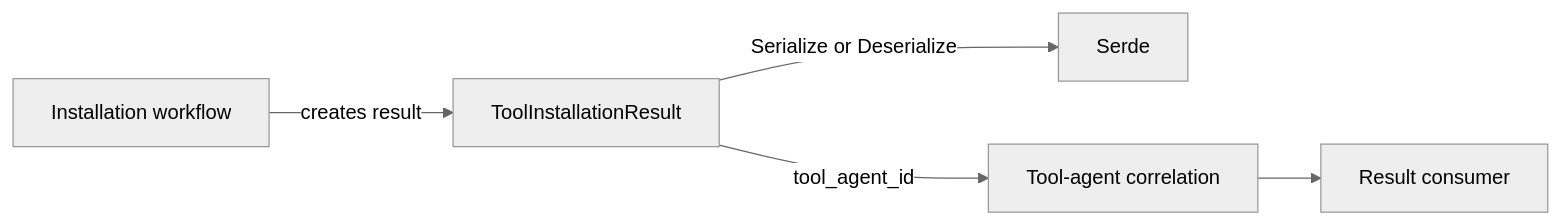
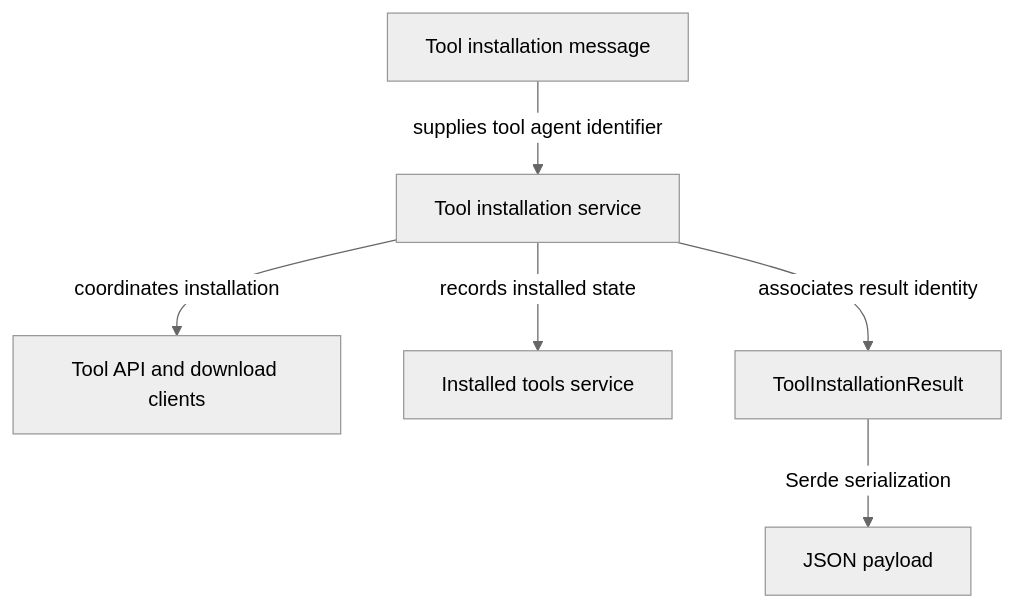
Before and after one commit to flamingo-stack/openframe-oss-tenant: the second of 4 diagrams in docs/reference/architecture/openframe-client-core/model-tool-installation-result/model-tool-installation-result.md, drawn with Mermaid (neutral theme). The commit also changed other lines of this file and 2377 other files, not shown here.

````diff
--- a/docs/reference/architecture/openframe-client-core/model-tool-installation-result/model-tool-installation-result.md
+++ b/docs/reference/architecture/openframe-client-core/model-tool-installation-result/model-tool-installation-result.md
@@ -37,7 +64,8 @@
 ```mermaid
-flowchart LR
-    Installer["Installation workflow"] -->|"creates result"| Result["ToolInstallationResult"]
-    Result -->|"Serialize or Deserialize"| Serde["Serde"]
-    Result -->|"tool_agent_id"| Correlation["Tool-agent correlation"]
-    Correlation --> Consumer["Result consumer"]
+flowchart TD
+    InstallationMessage["Tool installation message"] -->|"supplies tool agent identifier"| InstallationService["Tool installation service"]
+    InstallationService -->|"coordinates installation"| DownloadClient["Tool API and download clients"]
+    InstallationService -->|"records installed state"| InstalledTools["Installed tools service"]
+    InstallationService -->|"associates result identity"| ResultModel["ToolInstallationResult"]
+    ResultModel -->|"Serde serialization"| WirePayload["JSON payload"]
 ```
````
